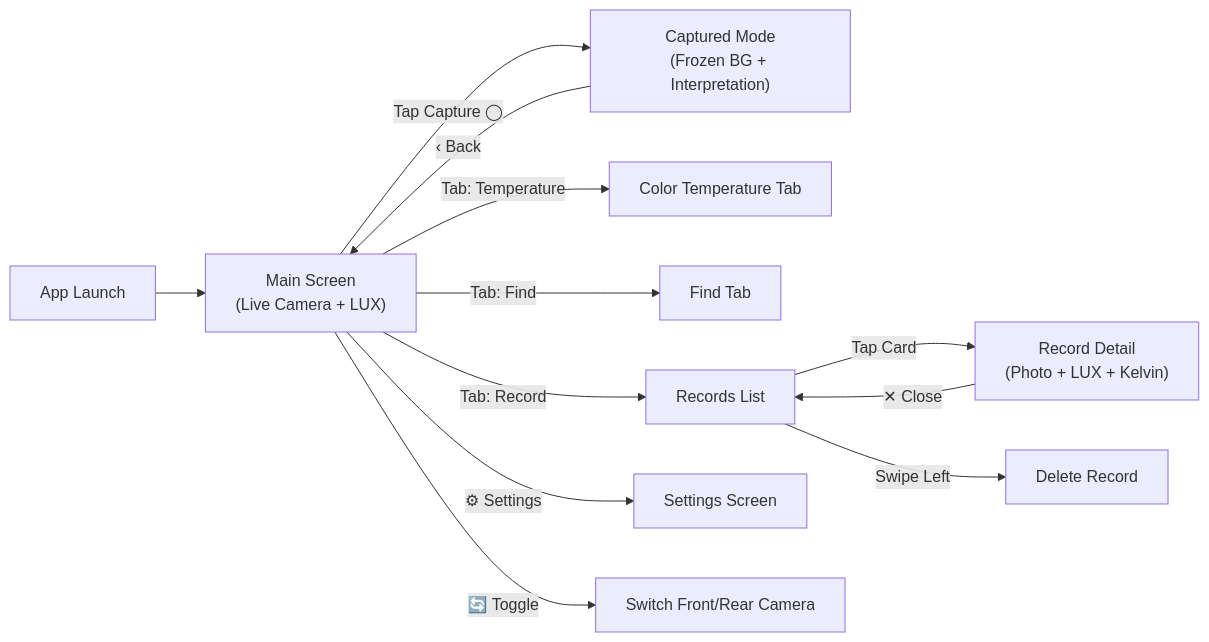
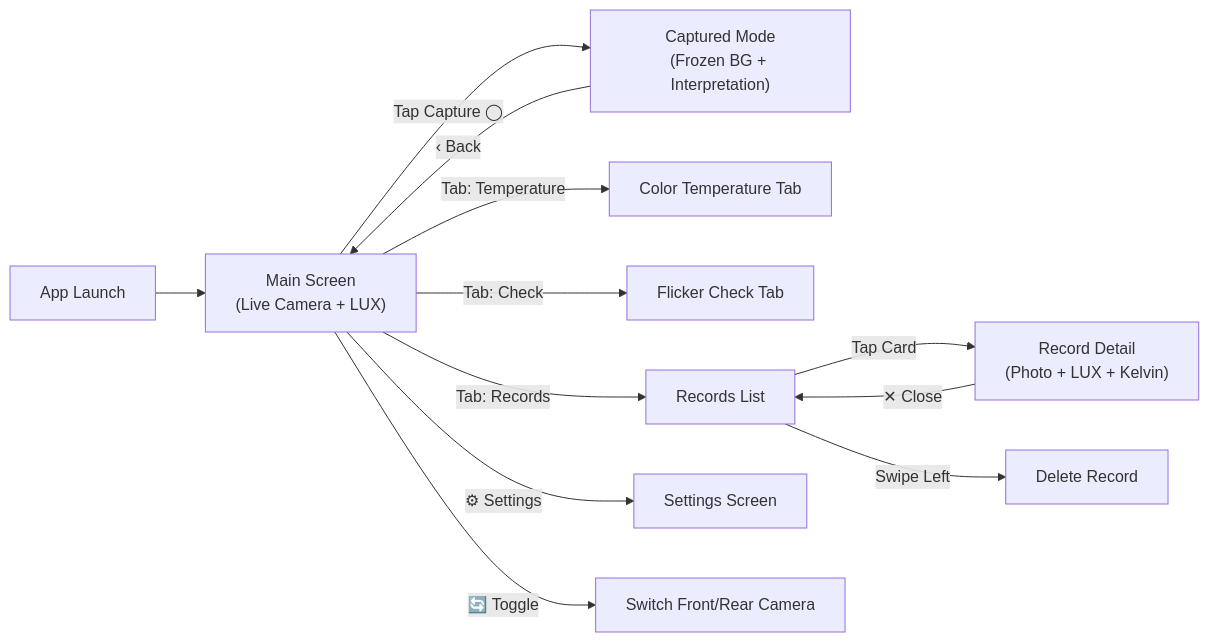
Before and after one commit to minho5889/light-meter: the sixth of 7 diagrams in Light-Meter-Spec-EN.md, drawn with Mermaid. The commit also changed other lines of this file, not shown here.

````diff
--- a/Light-Meter-Spec-EN.md
+++ b/Light-Meter-Spec-EN.md
@@ -323,14 +274,14 @@
 ```mermaid
 graph LR
     A["App Launch"] --> B["Main Screen<br/>(Live Camera + LUX)"]
     B -->|"Tap Capture ◯"| C["Captured Mode<br/>(Frozen BG + Interpretation)"]
     C -->|"‹ Back"| B
     B -->|"Tab: Temperature"| D["Color Temperature Tab"]
-    B -->|"Tab: Find"| E["Find Tab"]
-    B -->|"Tab: Record"| F["Records List"]
+    B -->|"Tab: Check"| E["Flicker Check Tab"]
+    B -->|"Tab: Records"| F["Records List"]
     F -->|"Tap Card"| G["Record Detail<br/>(Photo + LUX + Kelvin)"]
     G -->|"✕ Close"| F
     F -->|"Swipe Left"| H["Delete Record"]
     B -->|"⚙ Settings"| I["Settings Screen"]
     B -->|"🔄 Toggle"| J["Switch Front/Rear Camera"]
 ```
````
